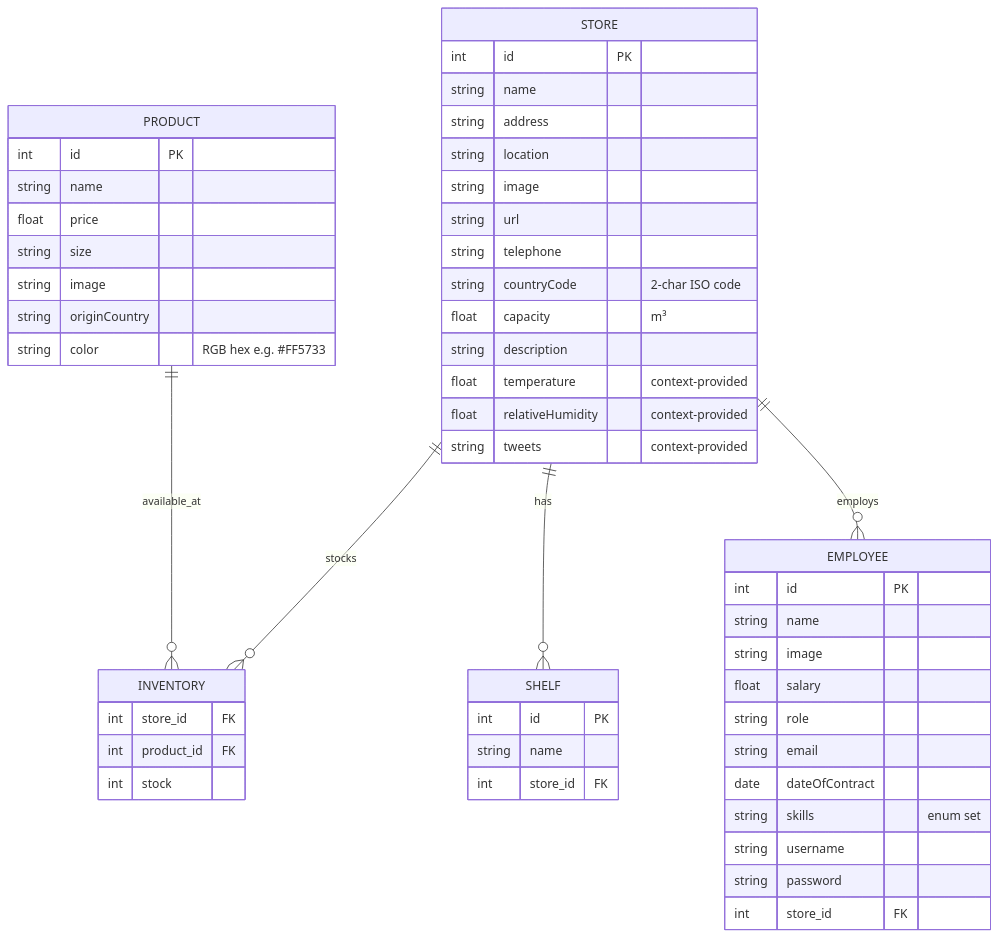
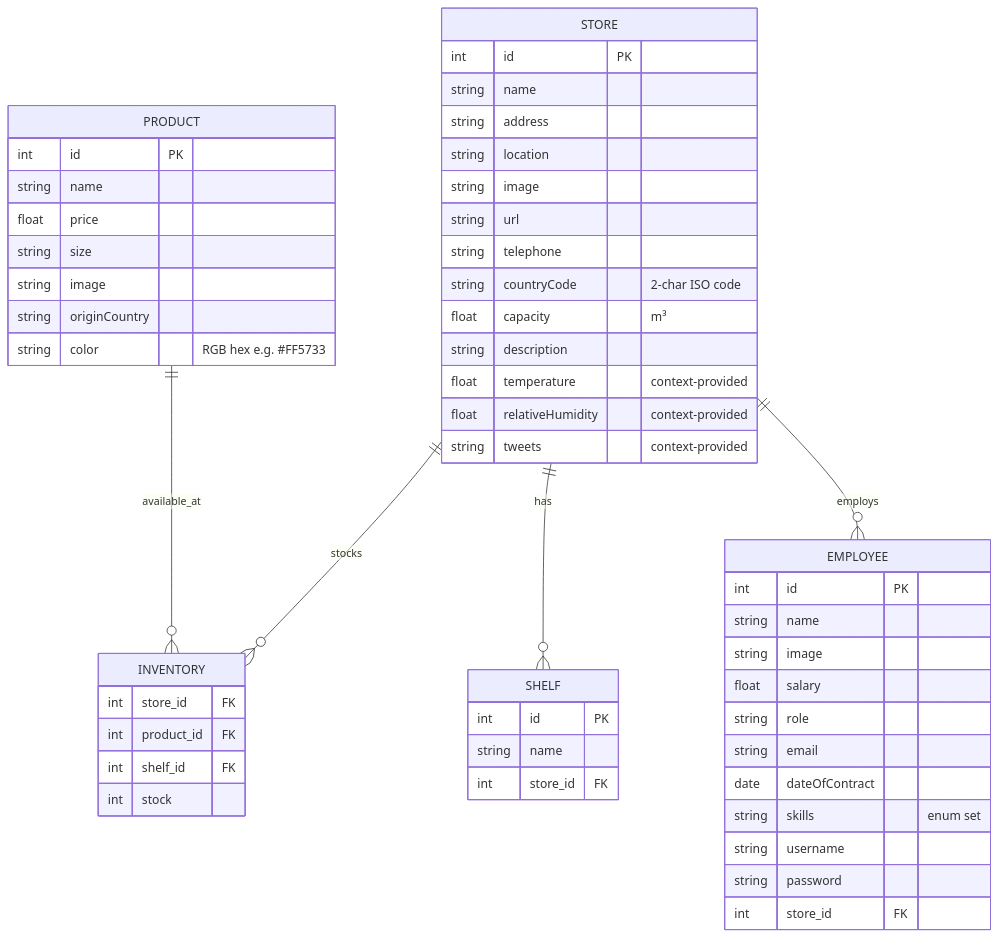
The diagram in data_model.md (Enrichpg/P2-XDEI), drawn with Mermaid before and after one commit. The commit also changed other lines of this file and 3 other files, not shown here.

````diff
--- a/data_model.md
+++ b/data_model.md
@@ -5,54 +5,55 @@
 ```mermaid
 erDiagram
     STORE ||--o{ INVENTORY : stocks
     PRODUCT ||--o{ INVENTORY : available_at
     STORE ||--o{ SHELF : has
     STORE ||--o{ EMPLOYEE : employs
     STORE {
         int id PK
         string name
         string address
         string location
         string image
         string url
         string telephone
         string countryCode "2-char ISO code"
         float capacity "m³"
         string description
         float temperature "context-provided"
         float relativeHumidity "context-provided"
         string tweets "context-provided"
     }
     PRODUCT {
         int id PK
         string name
         float price
         string size
         string image
         string originCountry
         string color "RGB hex e.g. #FF5733"
     }
     INVENTORY {
         int store_id FK
         int product_id FK
+        int shelf_id FK
         int stock
     }
     SHELF {
         int id PK
         string name
         int store_id FK
     }
     EMPLOYEE {
         int id PK
         string name
         string image
         float salary
         string role
         string email
         date dateOfContract
         string skills "enum set"
         string username
         string password
         int store_id FK
     }
 ```
````
